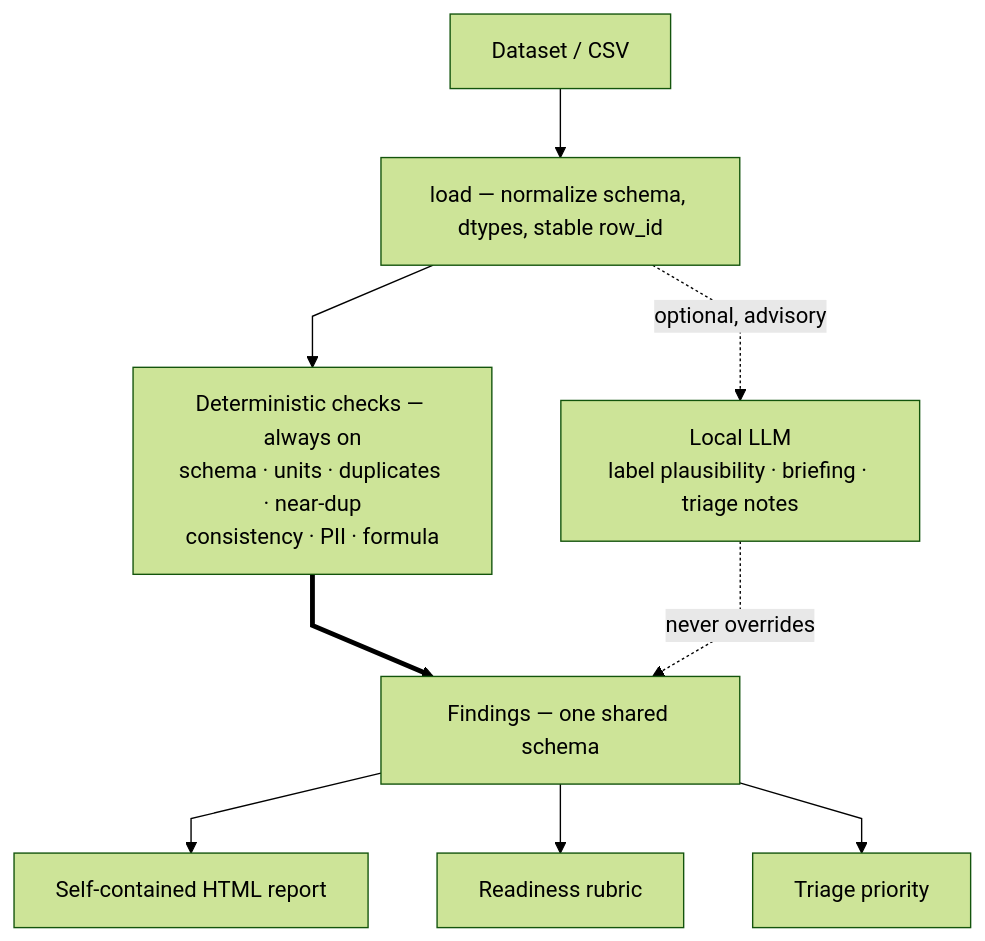
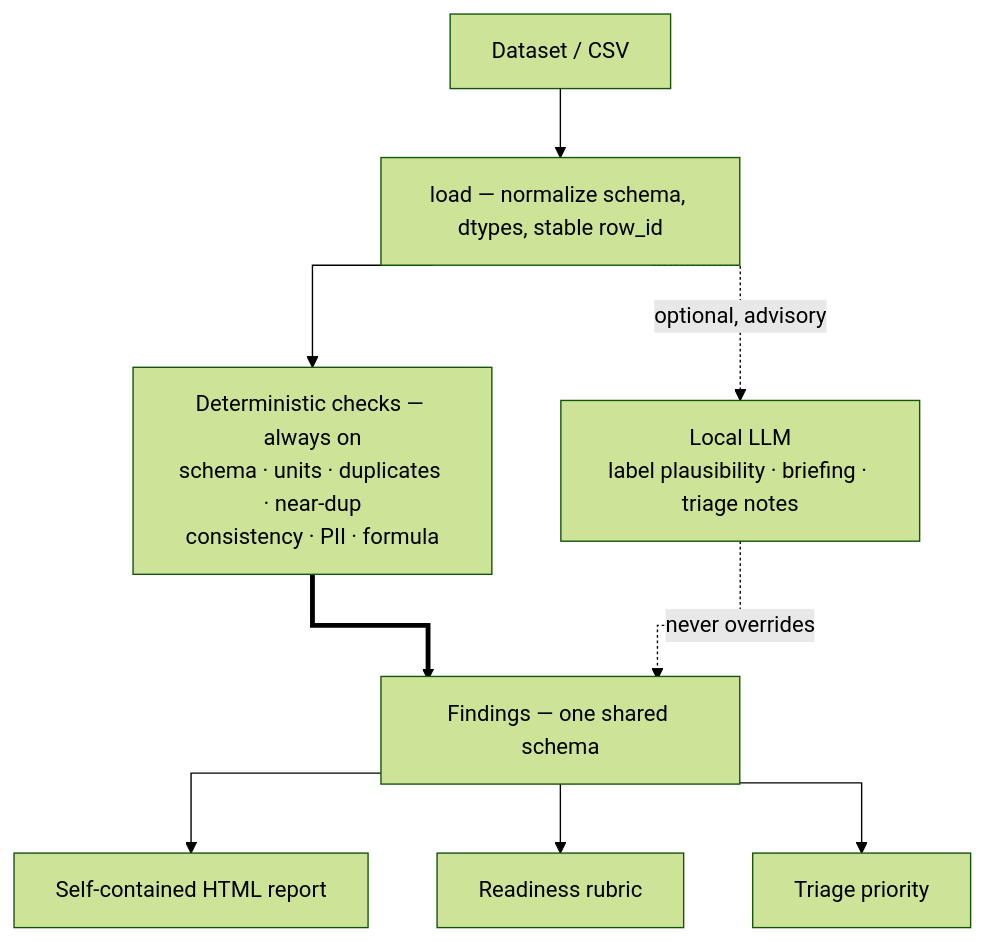
The first of 2 diagrams in README.md (AmandineFlachs/dataset-auditor), drawn with Mermaid (forest theme) before and after one commit. The commit also changed other lines of this file, not shown here.

Commit message:
docs: switch README Mermaid edges to stepAfter (orthogonal)
Right-angle/boxy edges instead of straight diagonals — cleaner, less
hand-drawn.

````diff
--- a/README.md
+++ b/README.md
@@ -42,12 +42,12 @@
 ```mermaid
-%%{init: {'flowchart': {'curve': 'linear'}}}%%
+%%{init: {'flowchart': {'curve': 'stepAfter'}}}%%
 flowchart TD
     DS["Dataset / CSV"] --> LD["load — normalize schema, dtypes, stable row_id"]
     LD --> DET["Deterministic checks — always on<br/>schema · units · duplicates · near-dup<br/>consistency · PII · formula"]
     LD -. optional, advisory .-> LLM["Local LLM<br/>label plausibility · briefing · triage notes"]
     DET ==> FN["Findings — one shared schema"]
     LLM -. never overrides .-> FN
     FN --> RP["Self-contained HTML report"]
     FN --> RB["Readiness rubric"]
     FN --> TR["Triage priority"]
 ```
````
